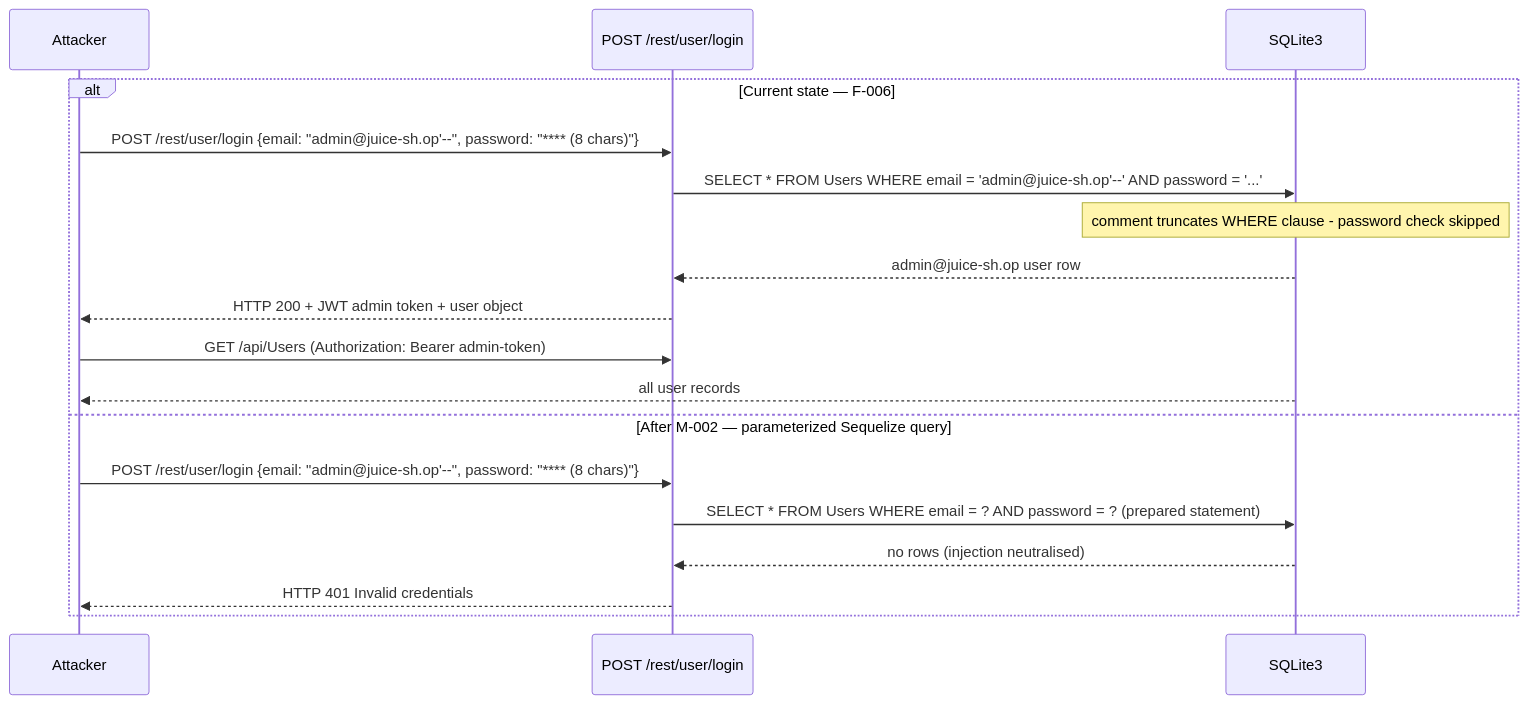
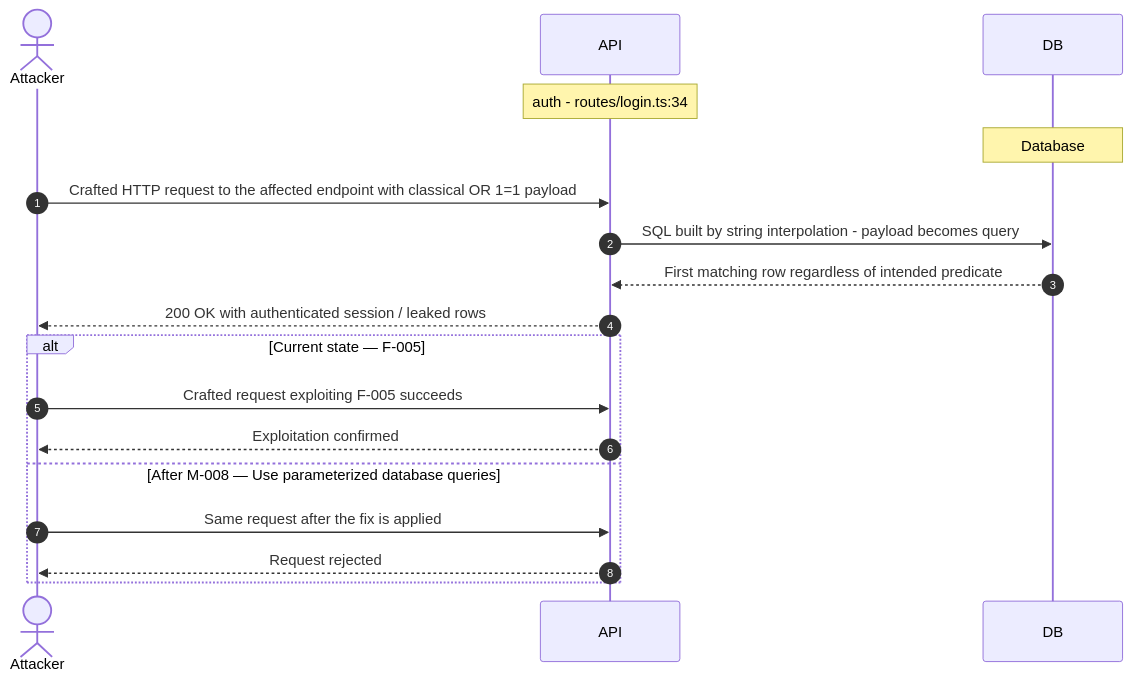
The ninth of 21 diagrams in examples/threat-modeler/threat-model-juice-shop-standard.md (appsec-foundry/appsec-advisor), drawn with Mermaid before and after one commit. The commit also changed other lines of this file and 2 other files, not shown here.

````diff
--- a/examples/threat-modeler/threat-model-juice-shop-standard.md
+++ b/examples/threat-modeler/threat-model-juice-shop-standard.md
@@ -686,21 +594,20 @@
 ```mermaid
 sequenceDiagram
-    participant A as Attacker
-    participant API as POST /rest/user/login
-    participant DB as SQLite3
-
-    alt Current state — F-006
-        A->>API: POST /rest/user/login {email: "admin@juice-sh.op'--", password: "**** (8 chars)"}
-        API->>DB: SELECT * FROM Users WHERE email = 'admin@juice-sh.op'--' AND password = '...'
-        Note over DB: comment truncates WHERE clause - password check skipped
-        DB-->>API: admin@juice-sh.op user row
-        API-->>A: HTTP 200 + JWT admin token + user object
-        A->>API: GET /api/Users (Authorization: Bearer admin-token)
-        DB-->>A: all user records
-    else After M-002 — parameterized Sequelize query
-        A->>API: POST /rest/user/login {email: "admin@juice-sh.op'--", password: "**** (8 chars)"}
-        API->>DB: SELECT * FROM Users WHERE email = ? AND password = ? (prepared statement)
-        DB-->>API: no rows (injection neutralised)
-        API-->>A: HTTP 401 Invalid credentials
+    autonumber
+    actor Attacker
+    participant API
+    participant DB
+    Note over API: auth - routes/login.ts:34
+    Note over DB: Database
+    Attacker->>API: Crafted HTTP request to the affected endpoint with classical OR 1=1 payload
+    API->>DB: SQL built by string interpolation - payload becomes query
+    DB-->>API: First matching row regardless of intended predicate
+    API-->>Attacker: 200 OK with authenticated session / leaked rows
+    alt Current state — F-005
+        Attacker->>API: Crafted request exploiting F-005 succeeds
+        API-->>Attacker: Exploitation confirmed
+    else After M-008 — Use parameterized database queries
+        Attacker->>API: Same request after the fix is applied
+        API-->>Attacker: Request rejected
     end
 ```
````
